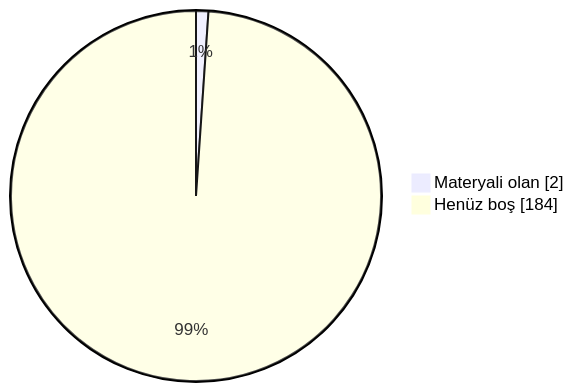
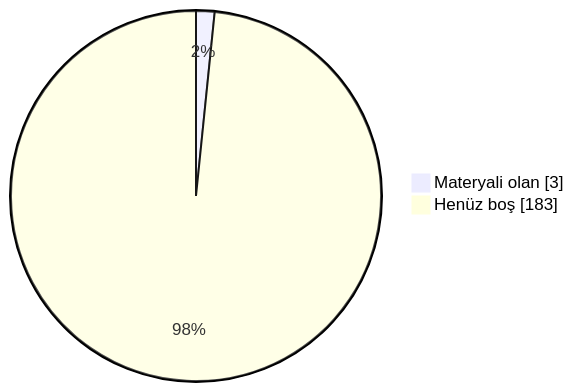
The diagram in README.md (MarmaraArsiv/muh_bilgisayar), drawn with Mermaid before and after one commit. The commit also changed other lines of this file, not shown here.

````diff
--- a/README.md
+++ b/README.md
@@ -105,5 +105,5 @@
 ```mermaid
 pie showData
-  "Materyali olan" : 2
-  "Henüz boş" : 184
+  "Materyali olan" : 3
+  "Henüz boş" : 183
 ```
````
